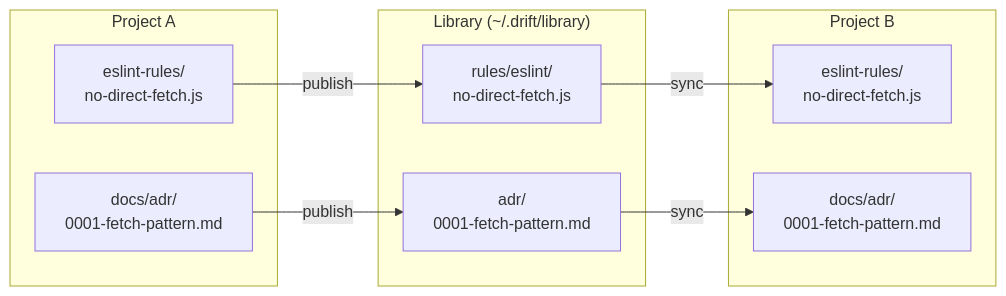
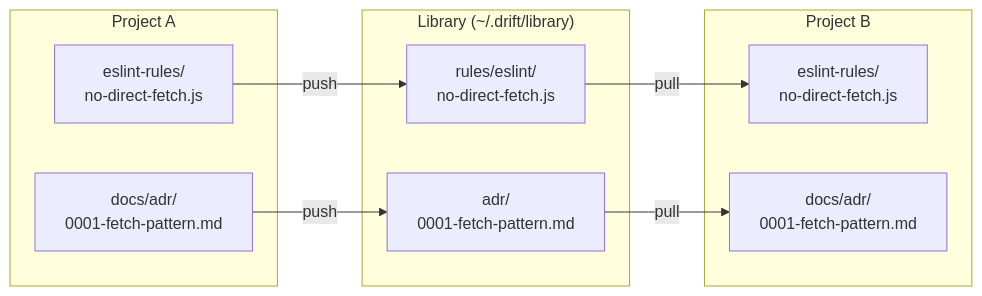
Before and after one commit to chris-arsenault/drift: the diagram in docs/library.md, drawn with Mermaid. The commit also changed other lines of this file and 8 other files, not shown here.

First line of the commit message:
Rename library sync/publish to pull/push

````diff
--- a/docs/library.md
+++ b/docs/library.md
@@ -7,17 +7,17 @@
 ```mermaid
 graph LR
     subgraph "Project A"
         A1["eslint-rules/<br/>no-direct-fetch.js"]
         A2["docs/adr/<br/>0001-fetch-pattern.md"]
     end
     subgraph "Library (~/.drift/library)"
         L1["rules/eslint/<br/>no-direct-fetch.js"]
         L2["adr/<br/>0001-fetch-pattern.md"]
     end
     subgraph "Project B"
         B1["eslint-rules/<br/>no-direct-fetch.js"]
         B2["docs/adr/<br/>0001-fetch-pattern.md"]
     end
-    A1 -->|publish| L1 -->|sync| B1
-    A2 -->|publish| L2 -->|sync| B2
+    A1 -->|push| L1 -->|pull| B1
+    A2 -->|push| L2 -->|pull| B2
 ```
````
